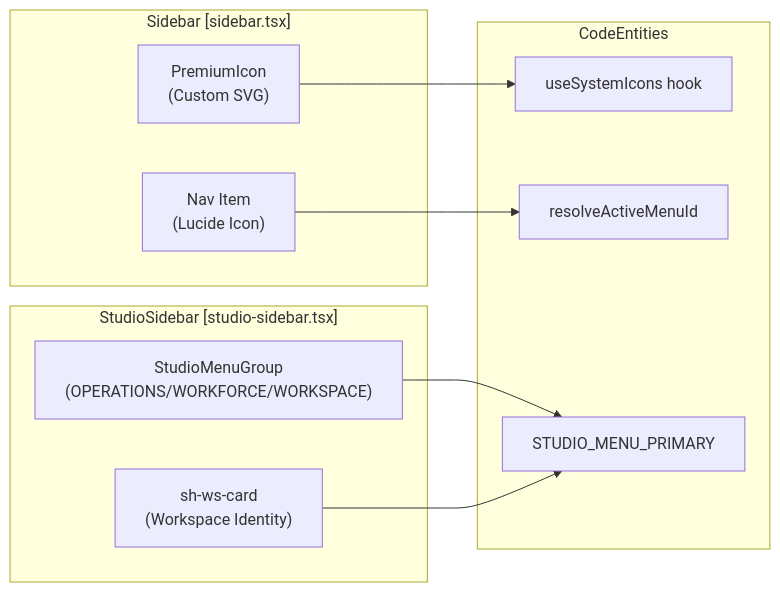
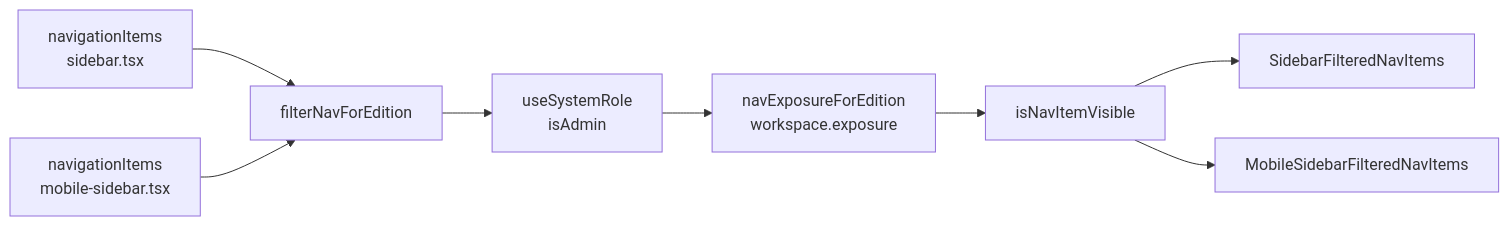
Before and after one commit to AutomatosAI/automatos-ai: the second of 7 diagrams in docs/frontend-architecture/navigation-layout.md, drawn with Mermaid. The commit also changed other lines of this file and 188 other files, not shown here.

First line of the commit message:
docs: refresh architecture docs and add coverage for new subsystems (#1416)

````diff
--- a/docs/frontend-architecture/navigation-layout.md
+++ b/docs/frontend-architecture/navigation-layout.md
@@ -174,23 +118,10 @@
 ```mermaid
-graph LR
-    subgraph "Sidebar [sidebar.tsx]"
-        ClassicItem["Nav Item<br/>(Lucide Icon)"]
-        PremiumIcon["PremiumIcon<br/>(Custom SVG)"]
-    end
-
-    subgraph "StudioSidebar [studio-sidebar.tsx]"
-        Group["StudioMenuGroup<br/>(OPERATIONS/WORKFORCE/WORKSPACE)"]
-        WSItem["sh-ws-card<br/>(Workspace Identity)"]
-    end
-
-    subgraph "CodeEntities"
-        useSystemIcons["useSystemIcons hook"]
-        resolveActive["resolveActiveMenuId"]
-        STUDIO_MENU_PRIMARY["STUDIO_MENU_PRIMARY"]
-    end
-
-    PremiumIcon --> useSystemIcons
-    ClassicItem --> resolveActive
-    Group --> STUDIO_MENU_PRIMARY
-    WSItem --> STUDIO_MENU_PRIMARY
+flowchart LR
+    ClassicItems["navigationItems<br/>sidebar.tsx"] --> EditionFilter["filterNavForEdition"]
+    MobileItems["navigationItems<br/>mobile-sidebar.tsx"] --> EditionFilter
+    EditionFilter --> RoleCheck["useSystemRole<br/>isAdmin"]
+    RoleCheck --> Exposure["navExposureForEdition<br/>workspace.exposure"]
+    Exposure --> Visibility["isNavItemVisible"]
+    Visibility --> ClassicRail["SidebarFilteredNavItems"]
+    Visibility --> MobileRail["MobileSidebarFilteredNavItems"]
 ```
````
